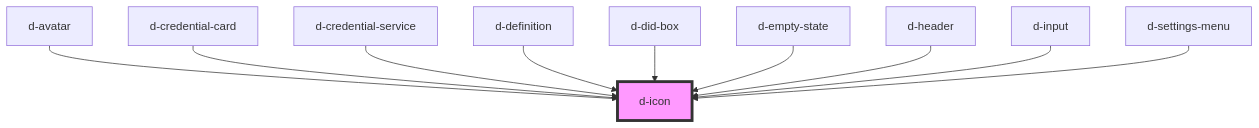
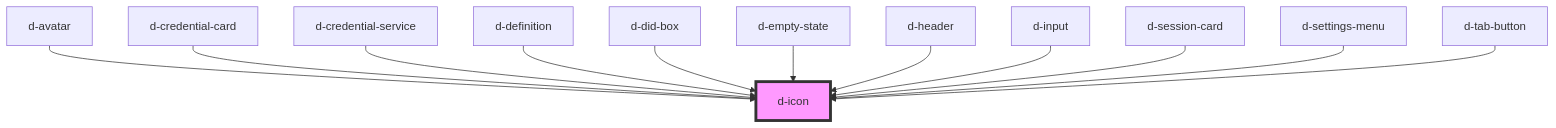
One commit to ForkbombEu/didroom-components changed the diagram in src/components/icon/readme.md. Above: the diagram before and after it, drawn with Mermaid. The commit also changed other lines of this file and 5 other files, not shown here.

````diff
--- a/src/components/icon/readme.md
+++ b/src/components/icon/readme.md
@@ -32,13 +34,15 @@
 ```mermaid
 graph TD;
   d-avatar --> d-icon
   d-credential-card --> d-icon
   d-credential-service --> d-icon
   d-definition --> d-icon
   d-did-box --> d-icon
   d-empty-state --> d-icon
   d-header --> d-icon
   d-input --> d-icon
+  d-session-card --> d-icon
   d-settings-menu --> d-icon
+  d-tab-button --> d-icon
   style d-icon fill:#f9f,stroke:#333,stroke-width:4px
 ```
````
